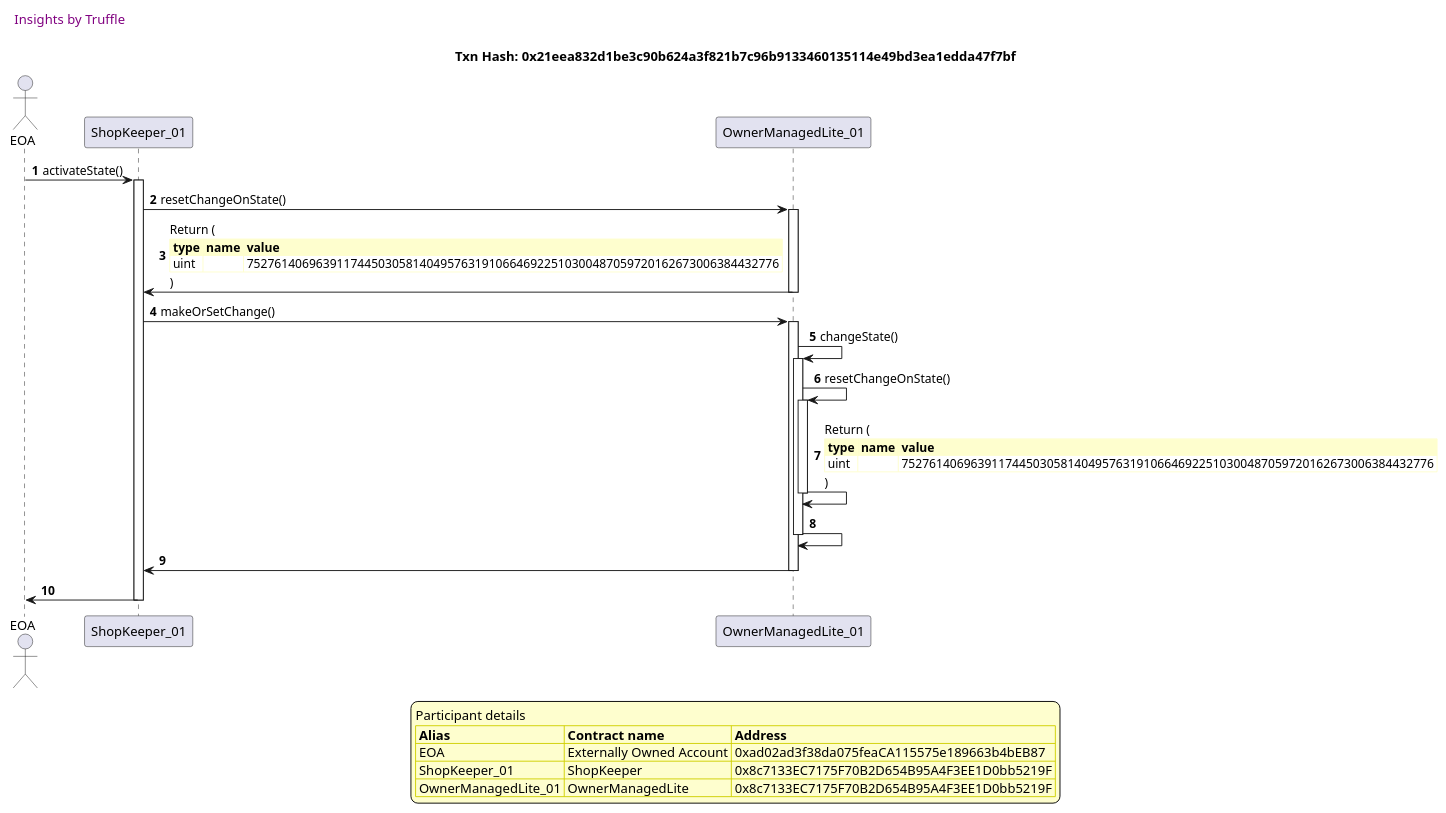
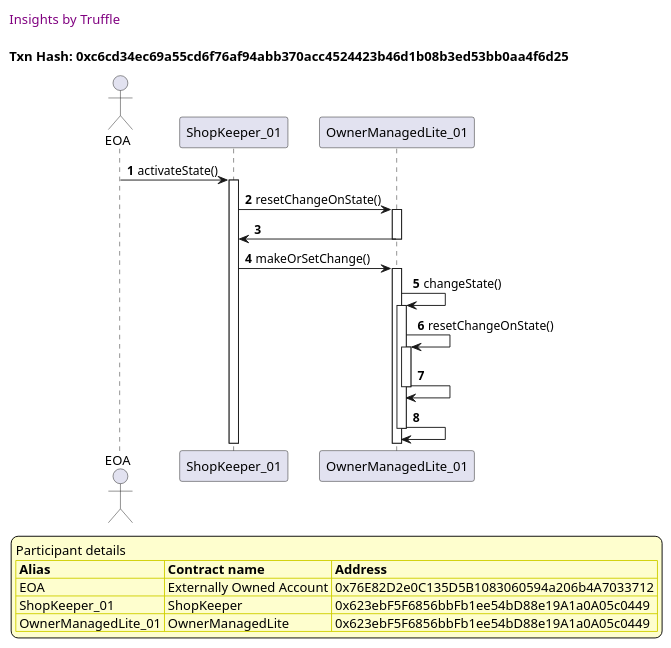
The seventh of 10 diagrams in truffle-seq/Shop_test_shopkeeper_add_shop.md (thedarkjester/ConsensysAssignment), drawn with PlantUML before and after one commit. The commit also changed other lines of this file and 13 other files, not shown here.

````diff
--- a/truffle-seq/Shop_test_shopkeeper_add_shop.md
+++ b/truffle-seq/Shop_test_shopkeeper_add_shop.md
@@ -330,53 +308,45 @@
 ```plantuml
 
 
 @startuml
 
 autonumber
 skinparam legendBackgroundColor #FEFECE
 
 <style>
       header {
         HorizontalAlignment left
         FontColor purple
         FontSize 14
         Padding 10
       }
     </style>
 
 header Insights by Truffle
 
-title Txn Hash: 0x21eea832d1be3c90b624a3f821b7c96b9133460135114e49bd3ea1edda47f7bf
+title Txn Hash: 0xc6cd34ec69a55cd6f76af94abb370acc4524423b46d1b08b3ed53bb0aa4f6d25
 
 
 actor EOA as "EOA"
 participant ShopKeeper_01 as "ShopKeeper_01"
 participant OwnerManagedLite_01 as "OwnerManagedLite_01"
 
 "EOA" -> "ShopKeeper_01" ++: activateState()
 "ShopKeeper_01" -> "OwnerManagedLite_01" ++: resetChangeOnState()
-"OwnerManagedLite_01" -> "ShopKeeper_01" --: Return (\n\
-<#FEFECE,#FEFECE>|= type |= name |= value |\n\
-| uint |  | 75276140696391174450305814049576319106646922510300487059720162673006384432776 |\n\
-)
+"OwnerManagedLite_01" -> "ShopKeeper_01" --: 
 "ShopKeeper_01" -> "OwnerManagedLite_01" ++: makeOrSetChange()
 "OwnerManagedLite_01" -> "OwnerManagedLite_01" ++: changeState()
 "OwnerManagedLite_01" -> "OwnerManagedLite_01" ++: resetChangeOnState()
-"OwnerManagedLite_01" -> "OwnerManagedLite_01" --: Return (\n\
-<#FEFECE,#FEFECE>|= type |= name |= value |\n\
-| uint |  | 75276140696391174450305814049576319106646922510300487059720162673006384432776 |\n\
-)
 "OwnerManagedLite_01" -> "OwnerManagedLite_01" --: 
-"OwnerManagedLite_01" -> "ShopKeeper_01" --: 
-"ShopKeeper_01" -> "EOA" --: 
+"OwnerManagedLite_01" -> "OwnerManagedLite_01" --: 
 
 legend
 Participant details
 <#FEFECE,#D0D000>|= Alias |= Contract name |= Address |
-<#FEFECE>| EOA | Externally Owned Account | 0xad02ad3f38da075feaCA115575e189663b4bEB87 |
-<#FEFECE>| ShopKeeper_01 | ShopKeeper | 0x8c7133EC7175F70B2D654B95A4F3EE1D0bb5219F |
-<#FEFECE>| OwnerManagedLite_01 | OwnerManagedLite | 0x8c7133EC7175F70B2D654B95A4F3EE1D0bb5219F |
+<#FEFECE>| EOA | Externally Owned Account | 0x76E82D2e0C135D5B1083060594a206b4A7033712 |
+<#FEFECE>| ShopKeeper_01 | ShopKeeper | 0x623ebF5F6856bbFb1ee54bD88e19A1a0A05c0449 |
+<#FEFECE>| OwnerManagedLite_01 | OwnerManagedLite | 0x623ebF5F6856bbFb1ee54bD88e19A1a0A05c0449 |
 endlegend
 
 @enduml
 ```
````
